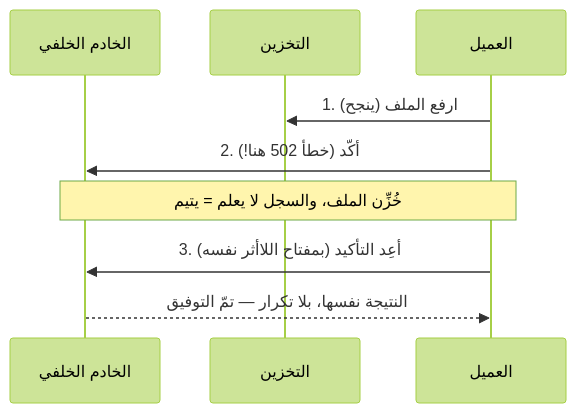
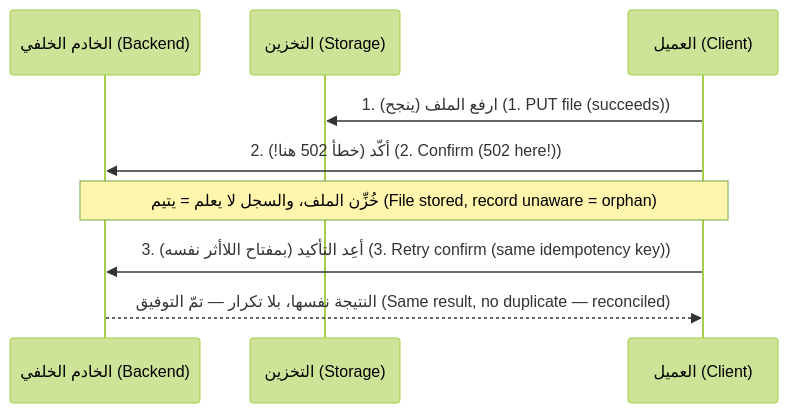
One commit to Tamoura/system-design-for-vibe-coders changed the sixth of 7 diagrams in modules/06-many-clients/module.ar.md. Above: the diagram before and after it, drawn with Mermaid (forest theme). The commit also changed other lines of this file and 62 other files, not shown here.

First line of the commit message:
Arabic editions: English on every diagram label, RTL fixes, rebuild

````diff
--- a/modules/06-many-clients/module.ar.md
+++ b/modules/06-many-clients/module.ar.md
@@ -691,11 +691,11 @@
 ```mermaid
 sequenceDiagram
-    participant API as الخادم الخلفي
-    participant S as التخزين
-    participant C as العميل
-    C->>S: 1. ارفع الملف (ينجح)
-    C->>API: 2. أكّد (خطأ 502 هنا!)
-    Note over C,API: خُزِّن الملف، والسجل لا يعلم = يتيم
-    C->>API: 3. أعِد التأكيد (بمفتاح اللاأثر نفسه)
-    API-->>C: النتيجة نفسها، بلا تكرار — تمّ التوفيق
+    participant API as الخادم الخلفي (Backend)
+    participant S as التخزين (Storage)
+    participant C as العميل (Client)
+    C->>S: 1. ارفع الملف (ينجح) (1. PUT file (succeeds))
+    C->>API: 2. أكّد (خطأ 502 هنا!) (2. Confirm (502 here!))
+    Note over C,API: خُزِّن الملف، والسجل لا يعلم = يتيم (File stored, record unaware = orphan)
+    C->>API: 3. أعِد التأكيد (بمفتاح اللاأثر نفسه) (3. Retry confirm (same idempotency key))
+    API-->>C: النتيجة نفسها، بلا تكرار — تمّ التوفيق (Same result, no duplicate — reconciled)
 ```
````
